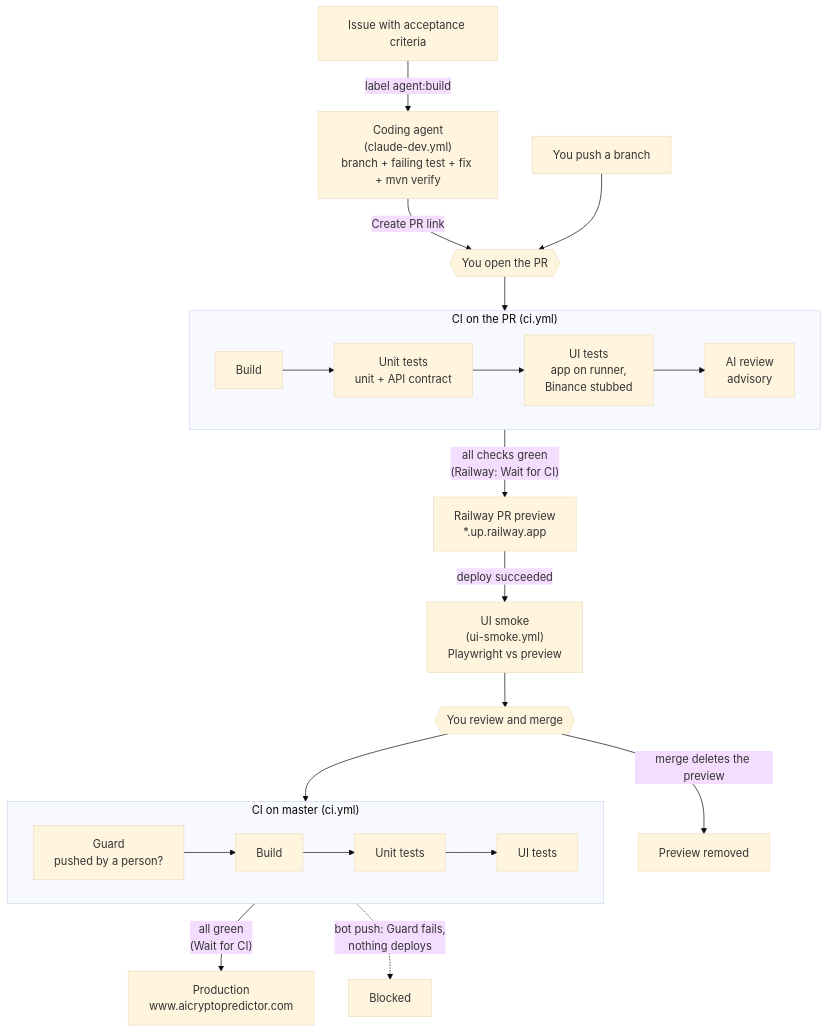
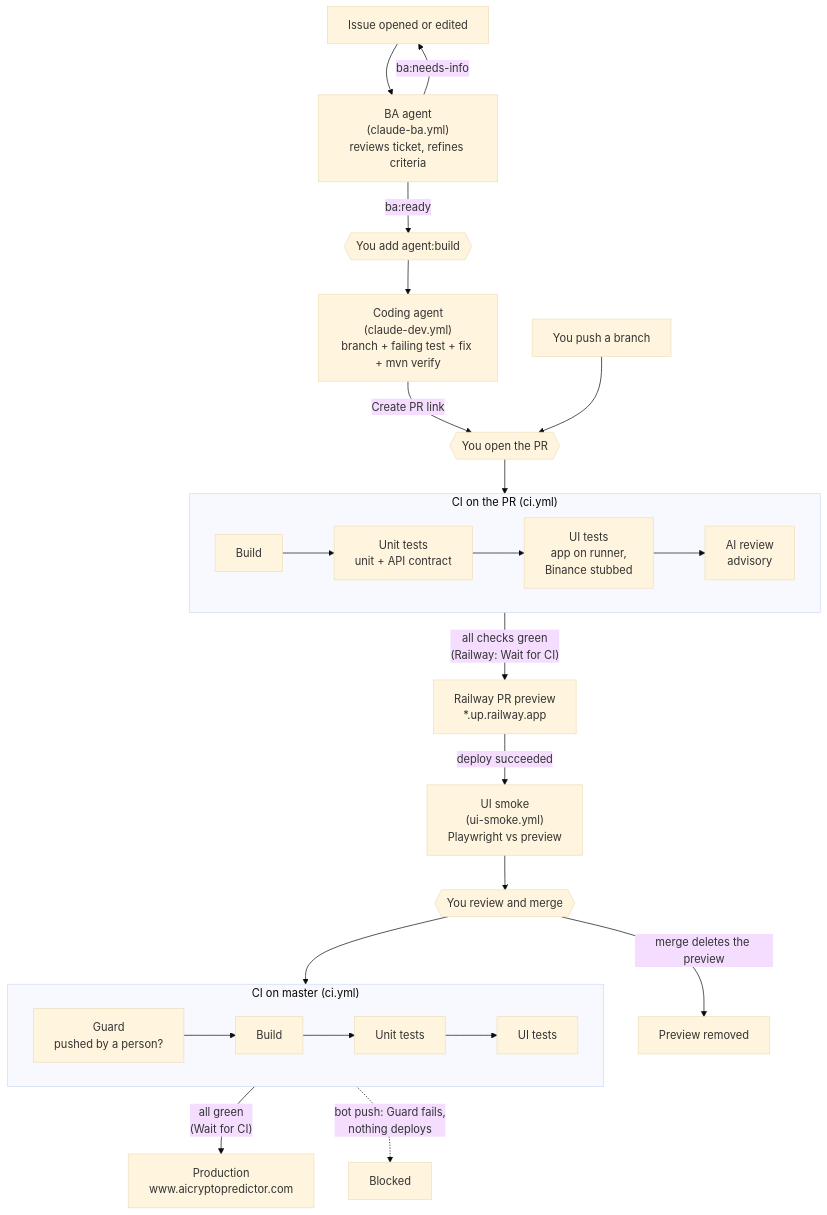
One commit to pxbt-dev/AI-Cryptocurrency-Analysis-Platform changed the diagram in README.md. Above: the diagram before and after it, drawn with Mermaid (base theme). The commit also changed other lines of this file and 2 other files, not shown here.

Commit message:
Add the BA agent: Claude reviews every new or edited issue (Phase 4)
New workflow .github/workflows/claude-ba.yml runs on issues opened, edited
or reopened (and on demand). Claude reads the ticket and the code it touches,
posts one review comment (gaps, refined testable acceptance criteria, likely
affected code, risks) and labels the issue ba:ready or ba:needs-info.

It is advisory and read-only: built-in token with issues: write only, no
file edits, and it never adds agent:build, so a person still decides when
the coding agent starts. CLAUDE.md gains a "Working as the BA agent" section
and the README pipeline diagram now starts at the BA review.

Claude-Session: https://claude.ai/code/session_01GDp9sp5t75v5yhCwkeibM4

````diff
--- a/README.md
+++ b/README.md
@@ -68,25 +68,28 @@
 ```mermaid
 flowchart TD
-    I["Issue with acceptance criteria"] -->|"label agent:build"| A["Coding agent<br/>(claude-dev.yml)<br/>branch + failing test + fix + mvn verify"]
+    T["Issue opened or edited"] --> BA["BA agent<br/>(claude-ba.yml)<br/>reviews ticket, refines criteria"]
+    BA -->|"ba:needs-info"| T
+    BA -->|"ba:ready"| I{{"You add agent:build"}}
+    I --> A["Coding agent<br/>(claude-dev.yml)<br/>branch + failing test + fix + mvn verify"]
     A -->|"Create PR link"| PR{{"You open the PR"}}
     H["You push a branch"] --> PR
 
     subgraph CI ["CI on the PR (ci.yml)"]
         direction LR
         B["Build"] --> U["Unit tests<br/>unit + API contract"] --> UT["UI tests<br/>app on runner,<br/>Binance stubbed"] --> R["AI review<br/>advisory"]
     end
     PR --> B
 
     R -->|"all checks green<br/>(Railway: Wait for CI)"| P["Railway PR preview<br/>*.up.railway.app"]
     P -->|"deploy succeeded"| S["UI smoke<br/>(ui-smoke.yml)<br/>Playwright vs preview"]
     S --> M{{"You review and merge"}}
     M -->|"merge deletes the preview"| X["Preview removed"]
 
     subgraph MASTER ["CI on master (ci.yml)"]
         direction LR
         G["Guard<br/>pushed by a person?"] --> B2["Build"] --> U2["Unit tests"] --> UT2["UI tests"]
     end
     M --> G
     UT2 -->|"all green<br/>(Wait for CI)"| D["Production<br/>www.aicryptopredictor.com"]
     G -.->|"bot push: Guard fails,<br/>nothing deploys"| N["Blocked"]
 ```
````
